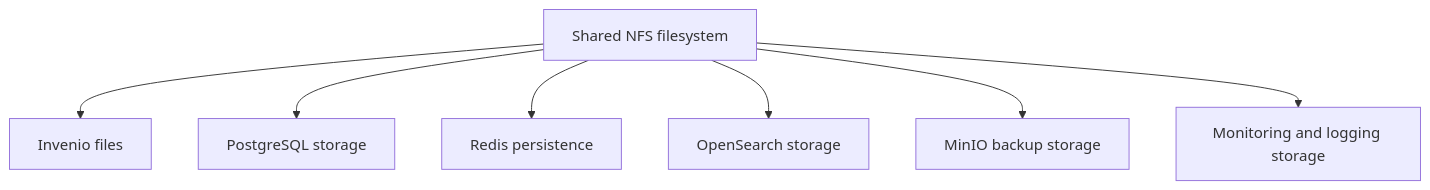
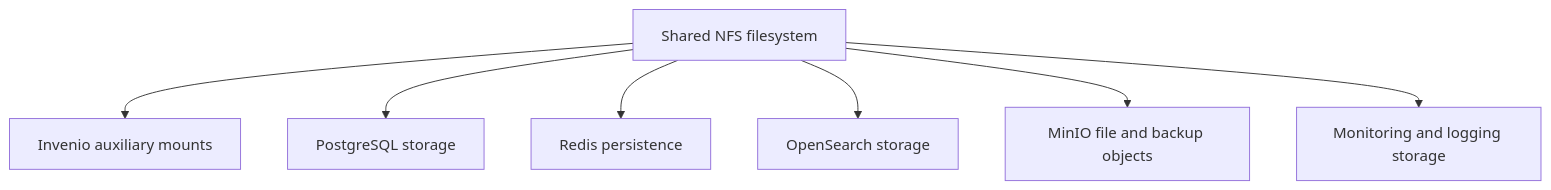
Diagram 12 of 19 in docs/architecture-guide.md (vityasyyy/invenio-rdm-gitops), drawn with Mermaid before and after one commit. The commit also changed other lines of this file and 5 other files, not shown here.

````diff
--- a/docs/architecture-guide.md
+++ b/docs/architecture-guide.md
@@ -494,9 +492,9 @@
 ```mermaid
 flowchart TD
-    NFS[Shared NFS filesystem] --> Files[Invenio files]
+    NFS[Shared NFS filesystem] --> Files[Invenio auxiliary mounts]
     NFS --> PG[PostgreSQL storage]
     NFS --> Redis[Redis persistence]
     NFS --> Search[OpenSearch storage]
-    NFS --> MinIO[MinIO backup storage]
+    NFS --> MinIO[MinIO file and backup objects]
     NFS --> Observe[Monitoring and logging storage]
 ```
````
